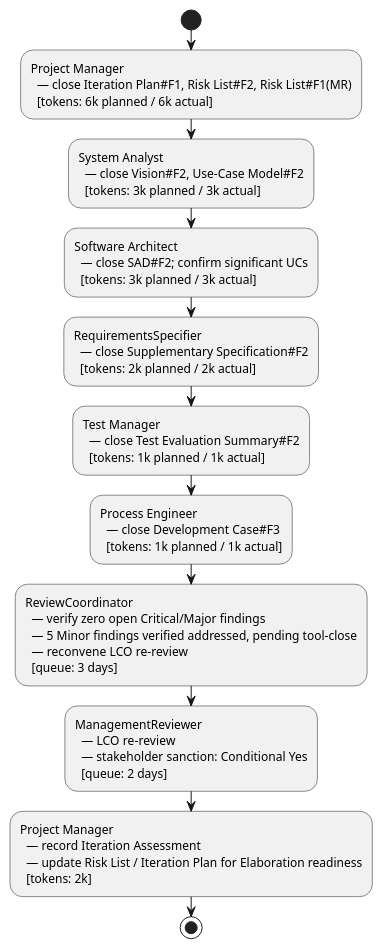
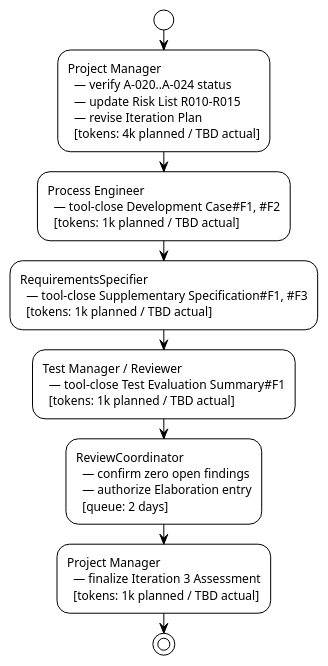
One commit to banense-test/portal changed the diagram in docs/artifacts/project-management/iteration-assessment.md. Above: the diagram before and after it, drawn with PlantUML. The commit also changed other lines of this file, not shown here.

First line of the commit message:
Project Manager [I3]: upsert Iteration Assessment

````diff
--- a/docs/artifacts/project-management/iteration-assessment.md
+++ b/docs/artifacts/project-management/iteration-assessment.md
@@ -29,37 +28,28 @@
 ```plantuml
-@startuml Inception_Iter2_Assessment_Critical_Chain
+@startuml Inception_Iter3_Assessment_Critical_Chain
+!theme plain
 start
 :Project Manager
-  — close Iteration Plan#F1, Risk List#F2, Risk List#F1(MR)
-  [tokens: 6k planned / 6k actual];
-:System Analyst
-  — close Vision#F2, Use-Case Model#F2
-  [tokens: 3k planned / 3k actual];
-:Software Architect
-  — close SAD#F2; confirm significant UCs
-  [tokens: 3k planned / 3k actual];
+  — verify A-020..A-024 status
+  — update Risk List R010-R015
+  — revise Iteration Plan
+  [tokens: 4k planned / TBD actual];
+:Process Engineer
+  — tool-close Development Case#F1, #F2
+  [tokens: 1k planned / TBD actual];
 :RequirementsSpecifier
-  — close Supplementary Specification#F2
-  [tokens: 2k planned / 2k actual];
-:Test Manager
-  — close Test Evaluation Summary#F2
-  [tokens: 1k planned / 1k actual];
-:Process Engineer
-  — close Development Case#F3
-  [tokens: 1k planned / 1k actual];
+  — tool-close Supplementary Specification#F1, #F3
+  [tokens: 1k planned / TBD actual];
+:Test Manager / Reviewer
+  — tool-close Test Evaluation Summary#F1
+  [tokens: 1k planned / TBD actual];
 :ReviewCoordinator
-  — verify zero open Critical/Major findings
-  — 5 Minor findings verified addressed, pending tool-close
-  — reconvene LCO re-review
-  [queue: 3 days];
-:ManagementReviewer
-  — LCO re-review
-  — stakeholder sanction: Conditional Yes
+  — confirm zero open findings
+  — authorize Elaboration entry
   [queue: 2 days];
 :Project Manager
-  — record Iteration Assessment
-  — update Risk List / Iteration Plan for Elaboration readiness
-  [tokens: 2k];
+  — finalize Iteration 3 Assessment
+  [tokens: 1k planned / TBD actual];
 stop
 @enduml
 ```
````
